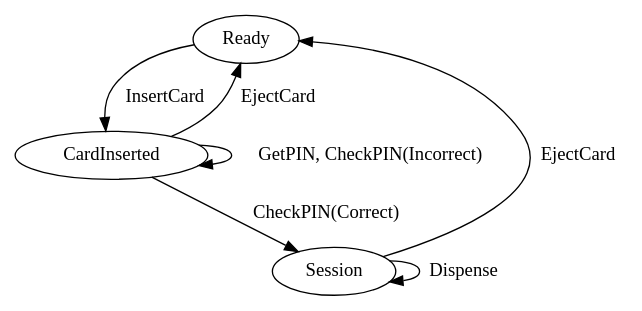
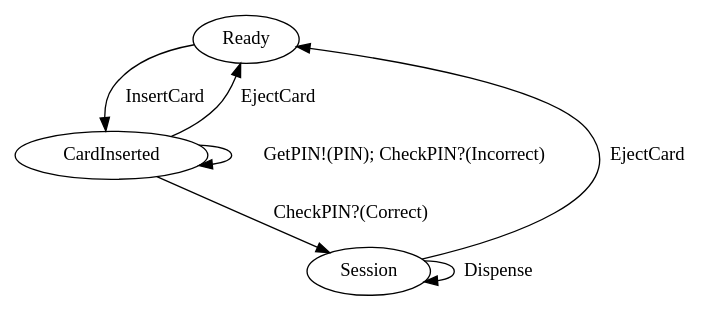
One commit to CodingCellist/idris2-dsa-gen changed the diagram in README.md. Above: the diagram before and after it, drawn with Graphviz. The commit also changed other lines of this file and 1 other file, not shown here.

````diff
--- a/README.md
+++ b/README.md
@@ -15,10 +19,10 @@
 ```dot
-digraph atm {
+digraph ATM {
     Ready -> CardInserted [label="InsertCard"];
     CardInserted -> Ready [label="EjectCard"];
-    CardInserted -> CardInserted [label="GetPIN, CheckPIN(Incorrect)"];
-    CardInserted -> Session [label="CheckPIN(Correct)"];
+    CardInserted -> CardInserted [label="GetPIN!(PIN); CheckPIN?(Incorrect)"];
+    CardInserted -> Session [label="CheckPIN?(Correct)"];
     Session -> Session [label="Dispense"];
-    Session -> Ready [label="EjectCard"];
+    Session -> Ready [label="EjectCard"];   // not entirely correct
 }
 ```
````
